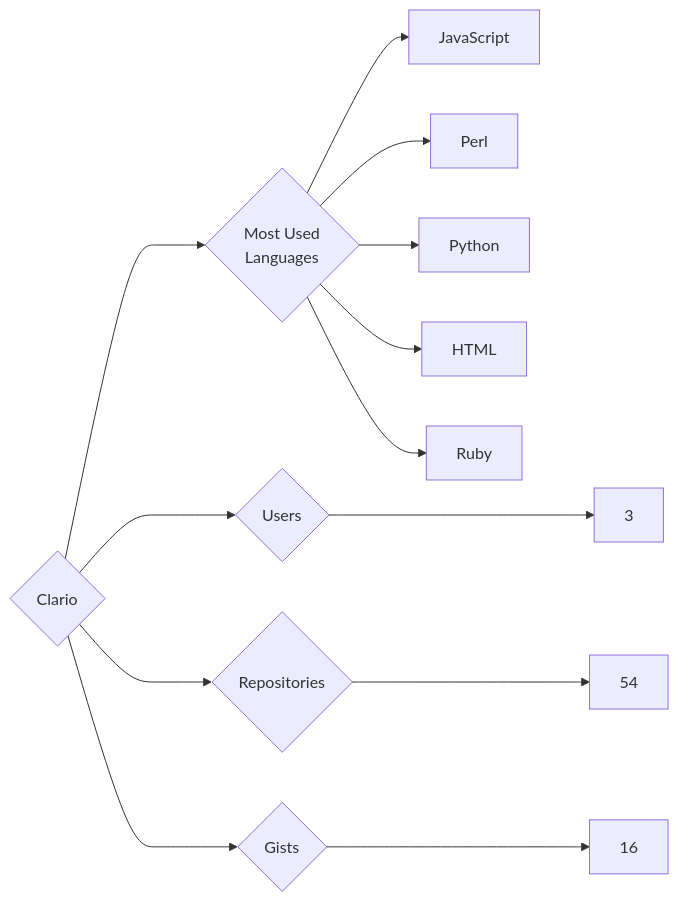
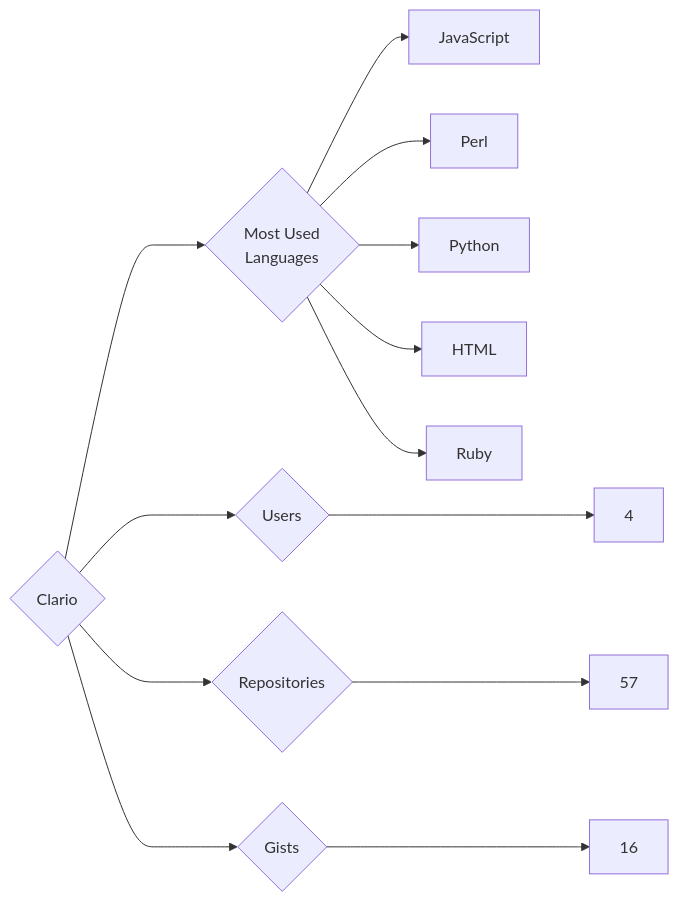
Before and after one commit to trickest/insiders: the diagram in targets/Clario/README.md, drawn with Mermaid. The commit also changed 611 other files, not shown here.

````diff
--- a/targets/Clario/README.md
+++ b/targets/Clario/README.md
@@ -3,13 +3,13 @@
 ```mermaid
 graph LR
 COMPANY_NAME{Clario}
-COMPANY_NAME ---> U{Users} ---> UN[3]
-COMPANY_NAME ---> R{Repositories} ---> RN[54]
+COMPANY_NAME ---> U{Users} ---> UN[4]
+COMPANY_NAME ---> R{Repositories} ---> RN[57]
 COMPANY_NAME ---> G{Gists} ---> GN[16]
 COMPANY_NAME ---> ML{Most Used<br>Languages}
 ML --> JavaScript[JavaScript]
 ML --> Perl[Perl]
 ML --> Python[Python]
 ML --> HTML[HTML]
 ML --> Ruby[Ruby]
 ```
````
